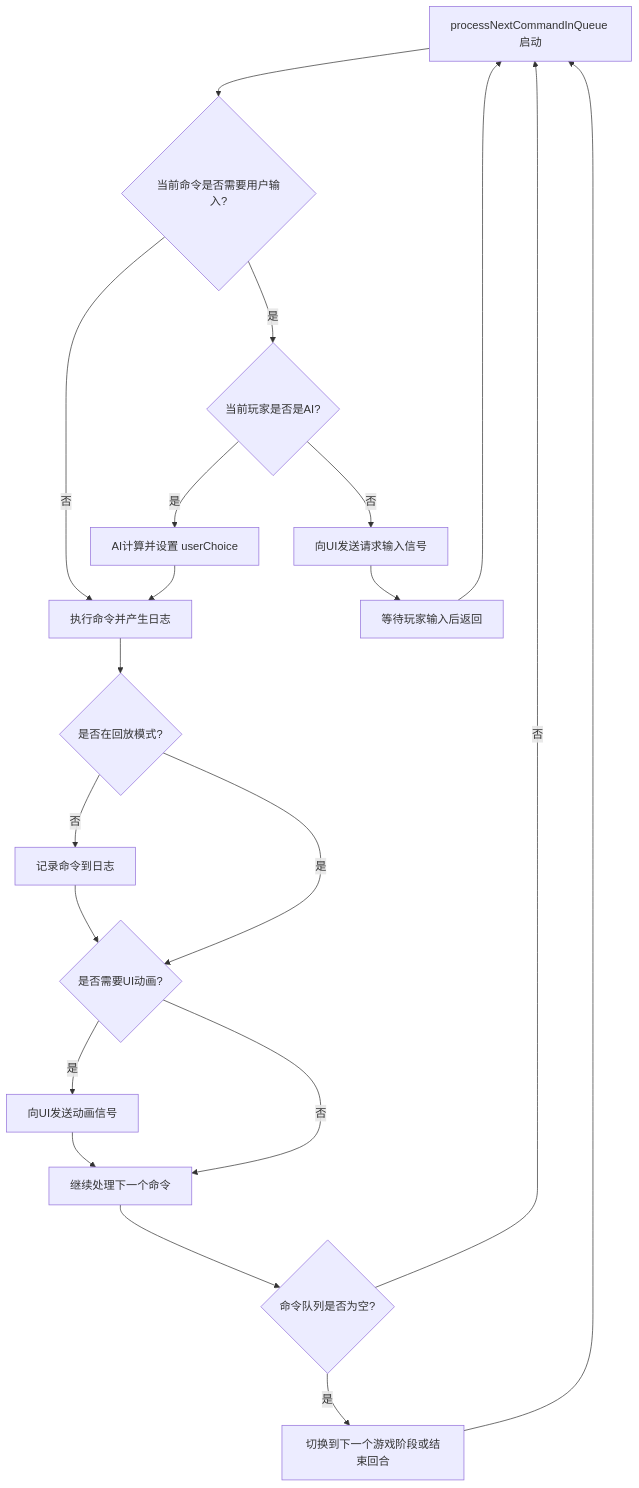
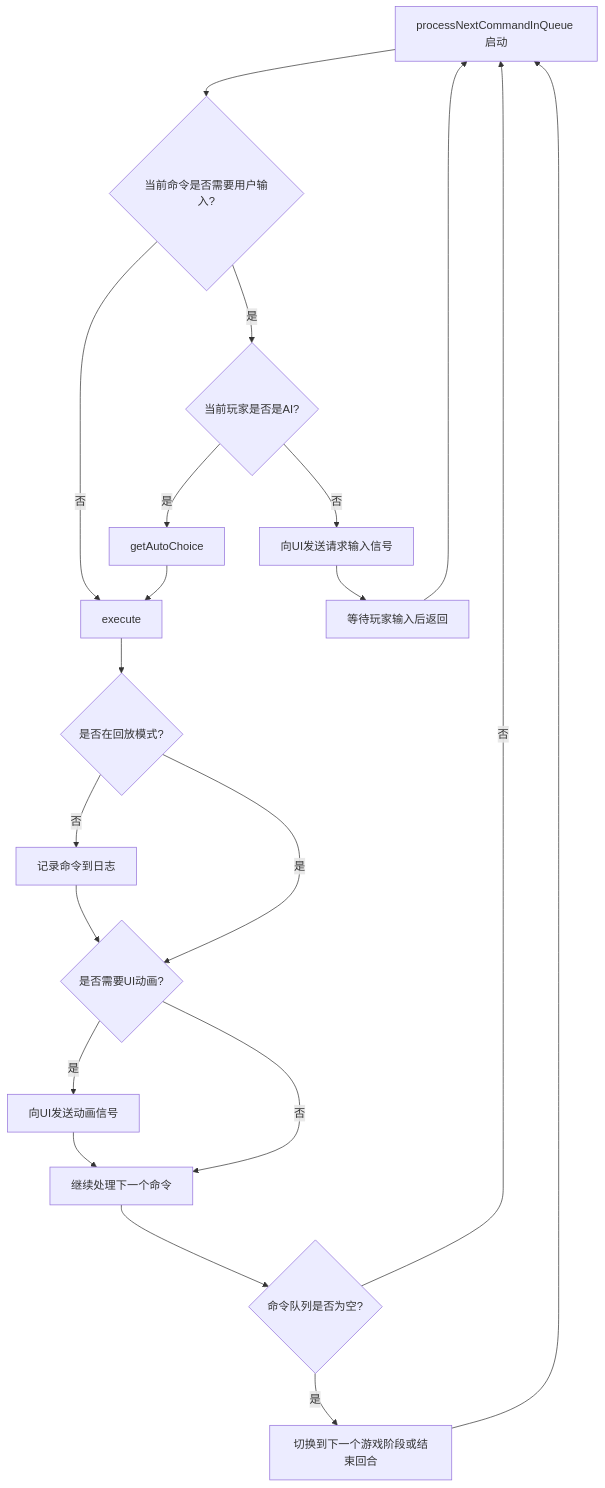
The diagram in README.md (zhongzhounb/Machi_Koro_AI), drawn with Mermaid before and after one commit. The commit also changed 5 other files, not shown here.

````diff
--- a/README.md
+++ b/README.md
@@ -26,27 +26,27 @@
 ```mermaid
 flowchart TD
     A[processNextCommandInQueue 启动] --> B{当前命令是否需要用户输入?}
     B -- 是 --> C{当前玩家是否是AI?}
-    B -- 否 --> G[执行命令并产生日志]
+    B -- 否 --> G[execute]
 
-    C -- 是 --> D[AI计算并设置 userChoice]
+    C -- 是 --> D[getAutoChoice]
     D --> G
 
     C -- 否 --> E[向UI发送请求输入信号]
     E --> F[等待玩家输入后返回]
     F --> A
 
     G --> H{是否在回放模式?}
     H -- 否 --> I[记录命令到日志]
     I --> J{是否需要UI动画?}
     H -- 是 --> J
 
     J -- 是 --> K[向UI发送动画信号]
     K --> L[继续处理下一个命令]
     J -- 否 --> L
 
     L --> M{命令队列是否为空?}
     M -- 否 --> A
     M -- 是 --> N[切换到下一个游戏阶段或结束回合]
     N --> A
 ```
````
